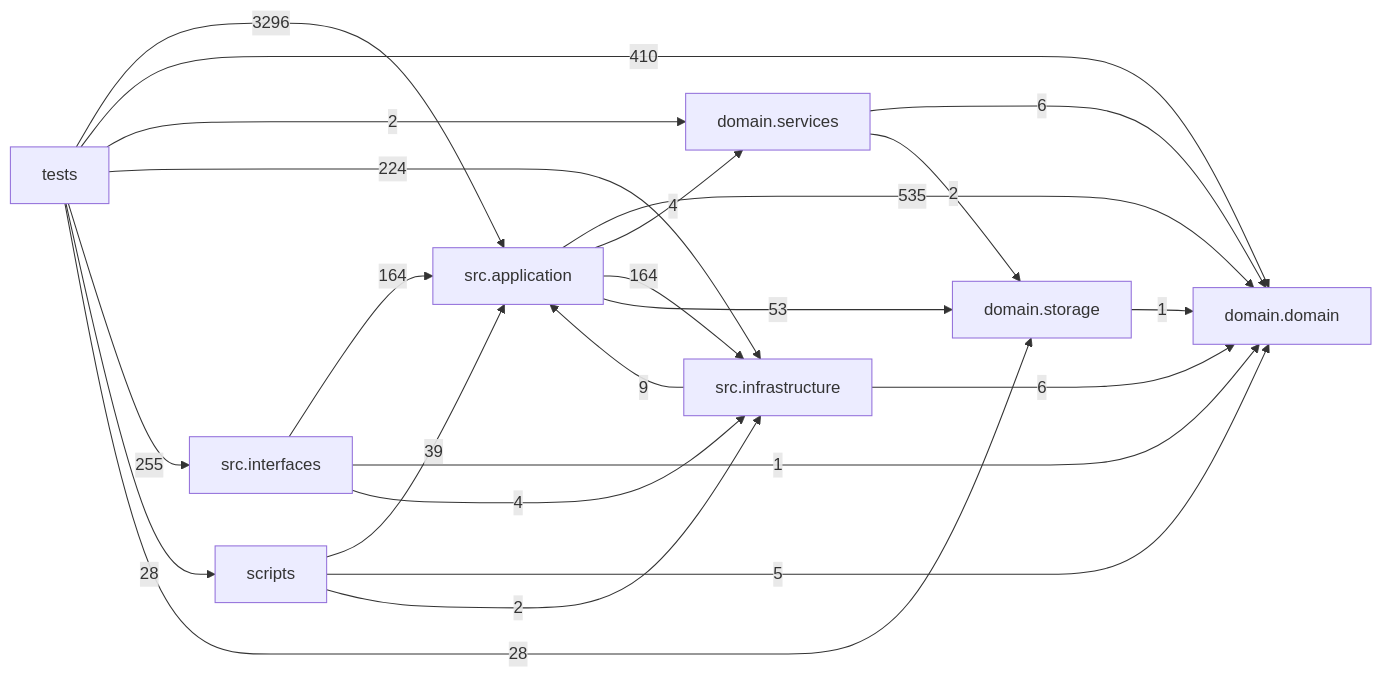
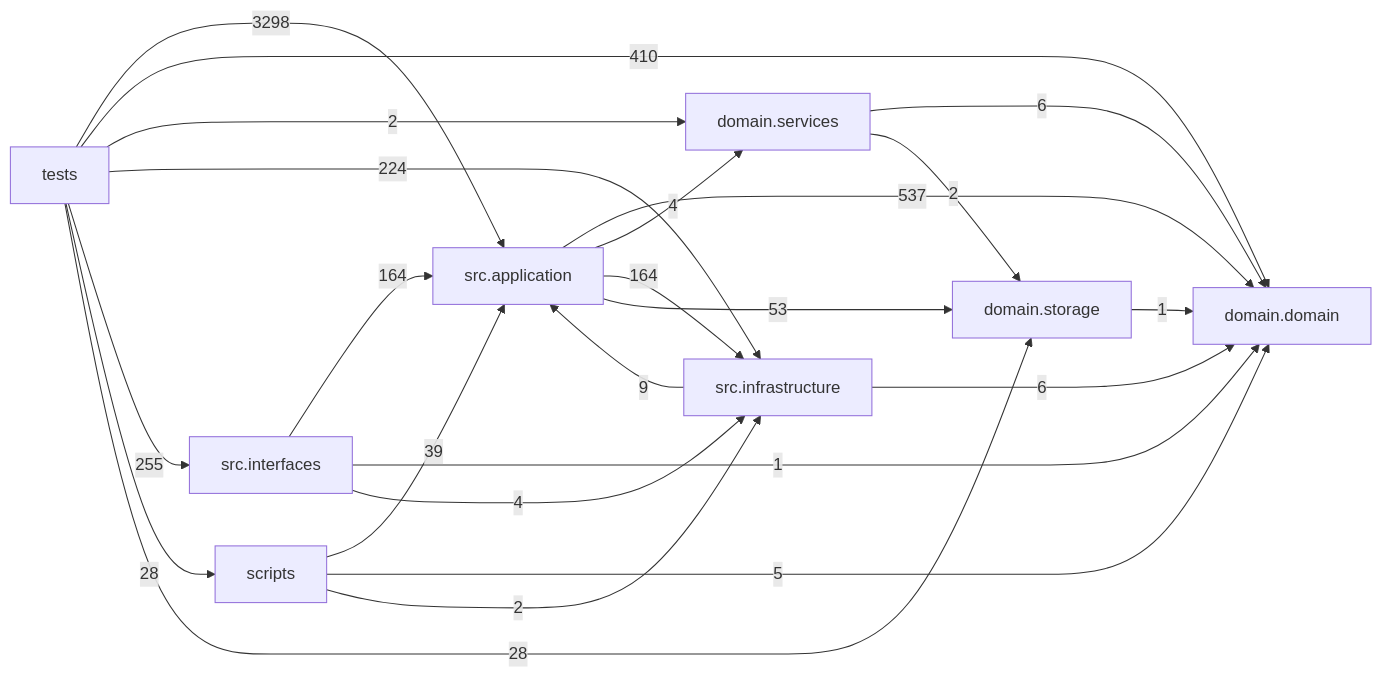
The diagram in docs/DEPENDENCY_GRAPH.md (liuxie066/options-monitor), drawn with Mermaid before and after one commit. The commit also changed other lines of this file and 16 other files, not shown here.

````diff
--- a/docs/DEPENDENCY_GRAPH.md
+++ b/docs/DEPENDENCY_GRAPH.md
@@ -24,33 +24,33 @@
 ```mermaid
 flowchart LR
   tests["tests"]
   scripts["scripts"]
   interfaces["src.interfaces"]
   application["src.application"]
   infrastructure["src.infrastructure"]
   domain_services["domain.services"]
   domain["domain.domain"]
   storage["domain.storage"]
-  application -->|535| domain
+  application -->|537| domain
   application -->|4| domain_services
   application -->|164| infrastructure
   application -->|53| storage
   domain_services -->|6| domain
   domain_services -->|2| storage
   infrastructure -->|9| application
   infrastructure -->|6| domain
   interfaces -->|164| application
   interfaces -->|1| domain
   interfaces -->|4| infrastructure
   scripts -->|39| application
   scripts -->|5| domain
   scripts -->|2| infrastructure
   storage -->|1| domain
-  tests -->|3296| application
+  tests -->|3298| application
   tests -->|410| domain
   tests -->|2| domain_services
   tests -->|224| infrastructure
   tests -->|255| interfaces
   tests -->|28| scripts
   tests -->|28| storage
 ```
````
